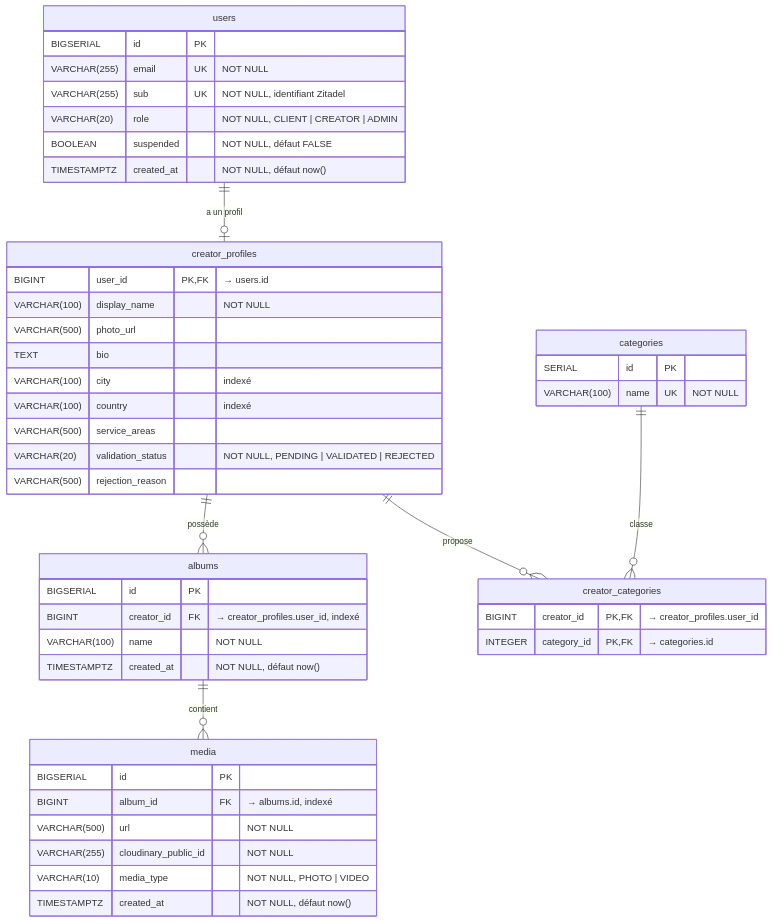
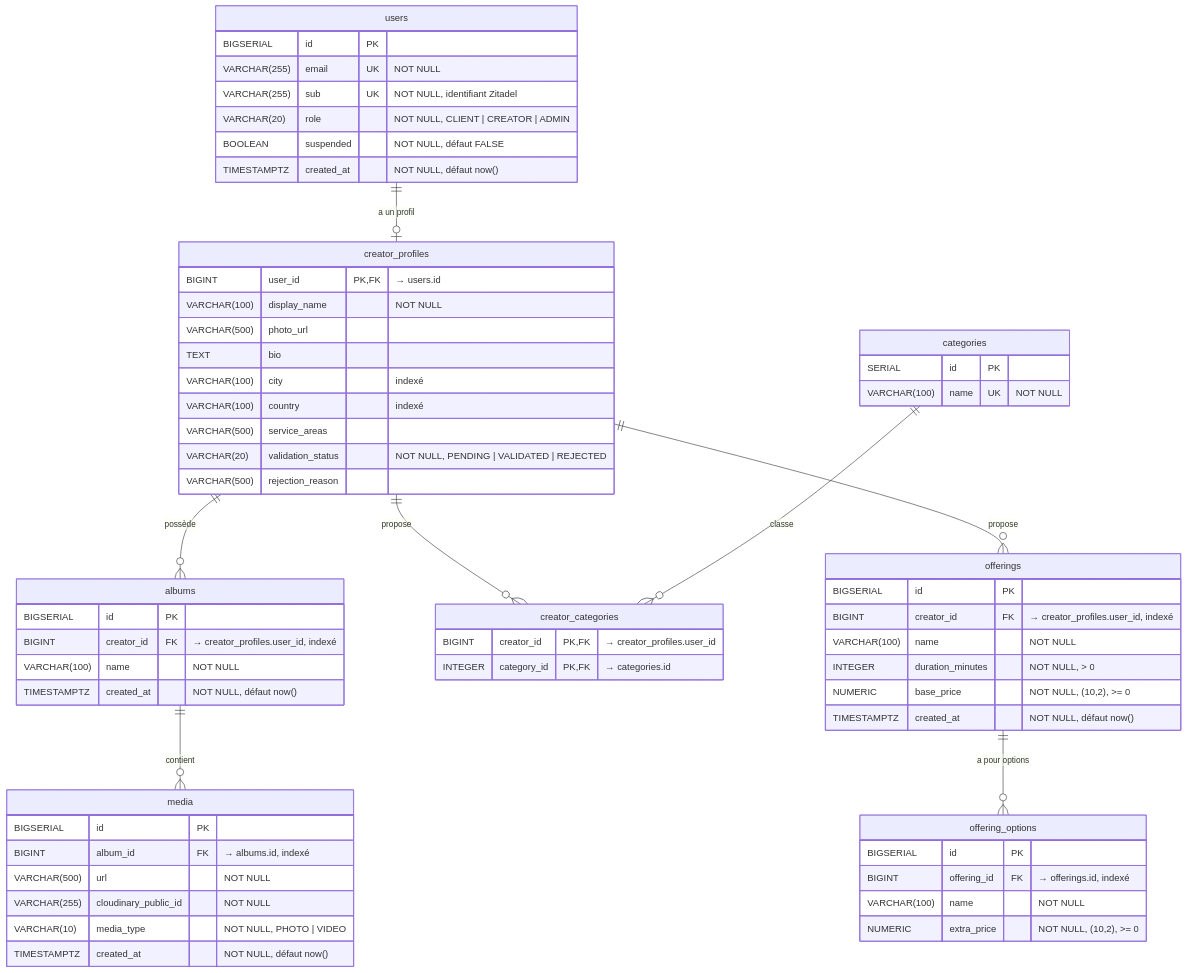
Before and after one commit to spidermiriki/clip-clap: the diagram in docs/architecture/schema-bd.md, drawn with Mermaid. The commit also changed other lines of this file and 33 other files, not shown here.

First line of the commit message:
feat(offerings): prestations à prix fixe et options payantes (#27)

````diff
--- a/docs/architecture/schema-bd.md
+++ b/docs/architecture/schema-bd.md
@@ -15,55 +15,73 @@
 ```mermaid
 erDiagram
     users ||--o| creator_profiles : "a un profil"
     creator_profiles ||--o{ albums : "possède"
     albums ||--o{ media : "contient"
     creator_profiles ||--o{ creator_categories : "propose"
     categories ||--o{ creator_categories : "classe"
+    creator_profiles ||--o{ offerings : "propose"
+    offerings ||--o{ offering_options : "a pour options"
 
     users {
         BIGSERIAL id PK
         VARCHAR(255) email UK "NOT NULL"
         VARCHAR(255) sub UK "NOT NULL, identifiant Zitadel"
         VARCHAR(20) role "NOT NULL, CLIENT | CREATOR | ADMIN"
         BOOLEAN suspended "NOT NULL, défaut FALSE"
         TIMESTAMPTZ created_at "NOT NULL, défaut now()"
     }
 
     categories {
         SERIAL id PK
         VARCHAR(100) name UK "NOT NULL"
     }
 
     creator_profiles {
         BIGINT user_id PK, FK "→ users.id"
         VARCHAR(100) display_name "NOT NULL"
         VARCHAR(500) photo_url
         TEXT bio
         VARCHAR(100) city "indexé"
         VARCHAR(100) country "indexé"
         VARCHAR(500) service_areas
         VARCHAR(20) validation_status "NOT NULL, PENDING | VALIDATED | REJECTED"
         VARCHAR(500) rejection_reason
     }
 
     creator_categories {
         BIGINT creator_id PK, FK "→ creator_profiles.user_id"
         INTEGER category_id PK, FK "→ categories.id"
     }
 
     albums {
         BIGSERIAL id PK
         BIGINT creator_id FK "→ creator_profiles.user_id, indexé"
         VARCHAR(100) name "NOT NULL"
         TIMESTAMPTZ created_at "NOT NULL, défaut now()"
     }
 
     media {
         BIGSERIAL id PK
         BIGINT album_id FK "→ albums.id, indexé"
         VARCHAR(500) url "NOT NULL"
         VARCHAR(255) cloudinary_public_id "NOT NULL"
         VARCHAR(10) media_type "NOT NULL, PHOTO | VIDEO"
         TIMESTAMPTZ created_at "NOT NULL, défaut now()"
     }
+
+    offerings {
+        BIGSERIAL id PK
+        BIGINT creator_id FK "→ creator_profiles.user_id, indexé"
+        VARCHAR(100) name "NOT NULL"
+        INTEGER duration_minutes "NOT NULL, > 0"
+        NUMERIC base_price "NOT NULL, (10,2), >= 0"
+        TIMESTAMPTZ created_at "NOT NULL, défaut now()"
+    }
+
+    offering_options {
+        BIGSERIAL id PK
+        BIGINT offering_id FK "→ offerings.id, indexé"
+        VARCHAR(100) name "NOT NULL"
+        NUMERIC extra_price "NOT NULL, (10,2), >= 0"
+    }
 ```
````
